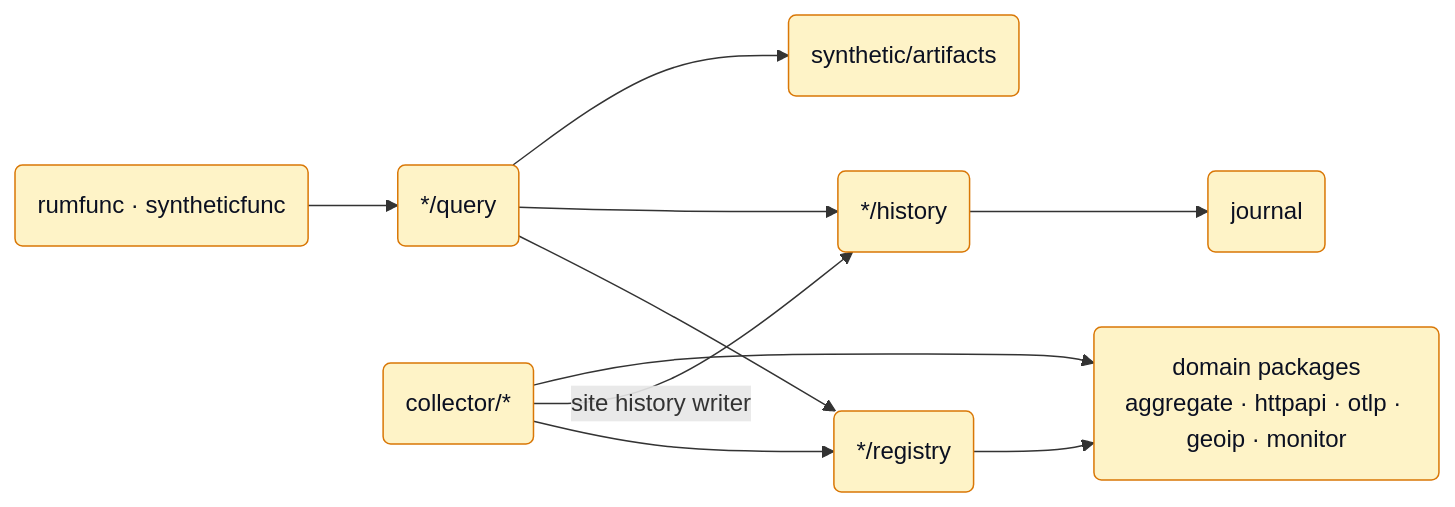
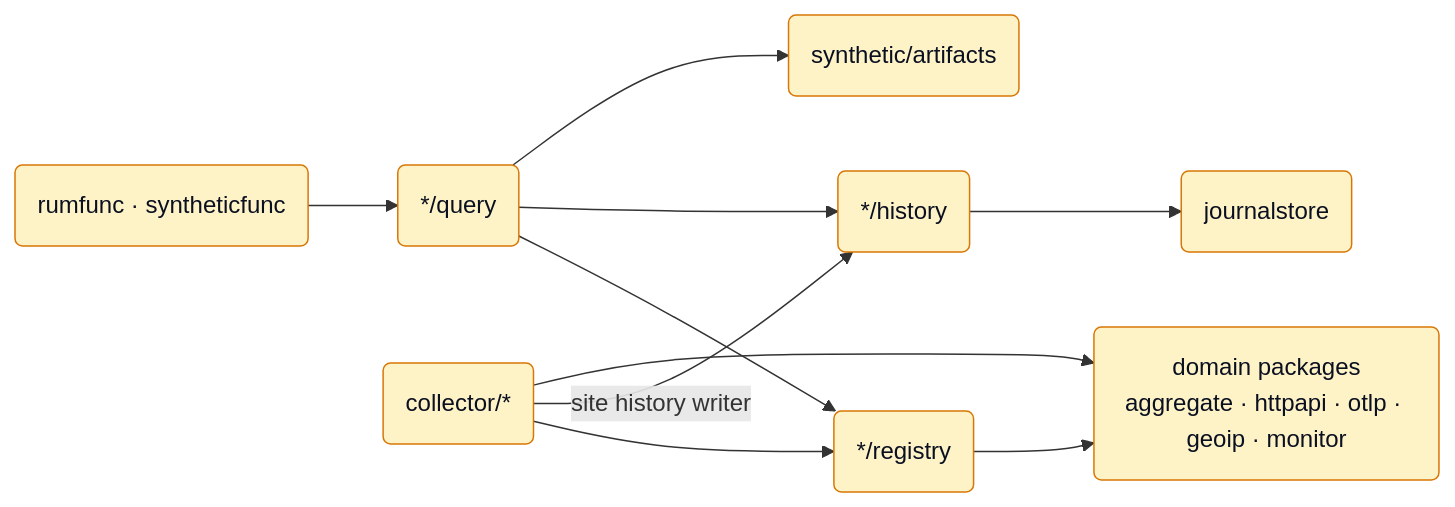
The sixth of 7 diagrams in src/go/plugin/dem/ARCHITECTURE.md (netdata/netdata), drawn with Mermaid before and after one commit. The commit also changed other lines of this file and 50 other files, not shown here.

First line of the commit message:
refactor(dem): rename the journal package to journalstore

````diff
--- a/src/go/plugin/dem/ARCHITECTURE.md
+++ b/src/go/plugin/dem/ARCHITECTURE.md
@@ -522,15 +522,15 @@
 ```mermaid
 flowchart LR
     Fn("rumfunc · syntheticfunc") --> Q("*/query")
     Q --> Reg("*/registry")
     Q --> H("*/history")
     Q --> A("synthetic/artifacts")
-    H --> J("journal")
+    H --> J("journalstore")
     Col("collector/*") --> Reg
     Col -->|"site history writer"| H
     Col --> Dom("domain packages<br/>aggregate · httpapi · otlp · geoip · monitor")
     Reg --> Dom
 
     classDef pkg fill:#fef3c7,stroke:#d97706,color:#0b1021;
     class Fn,Q,Reg,H,A,J,Col,Dom pkg;
 ```
````
